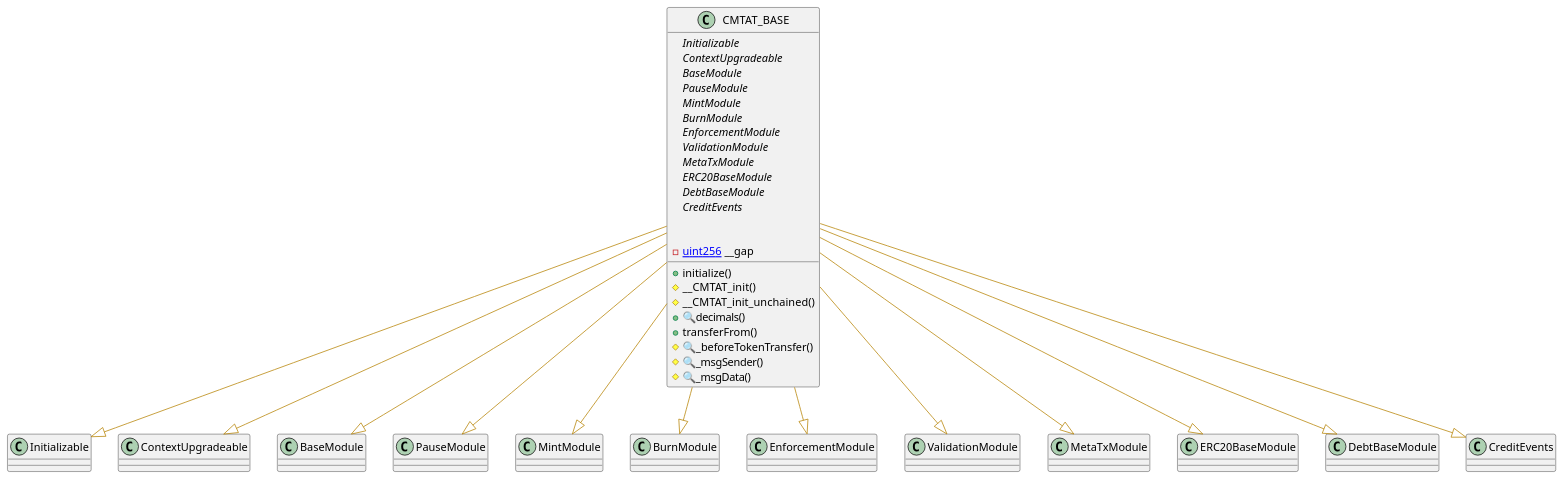
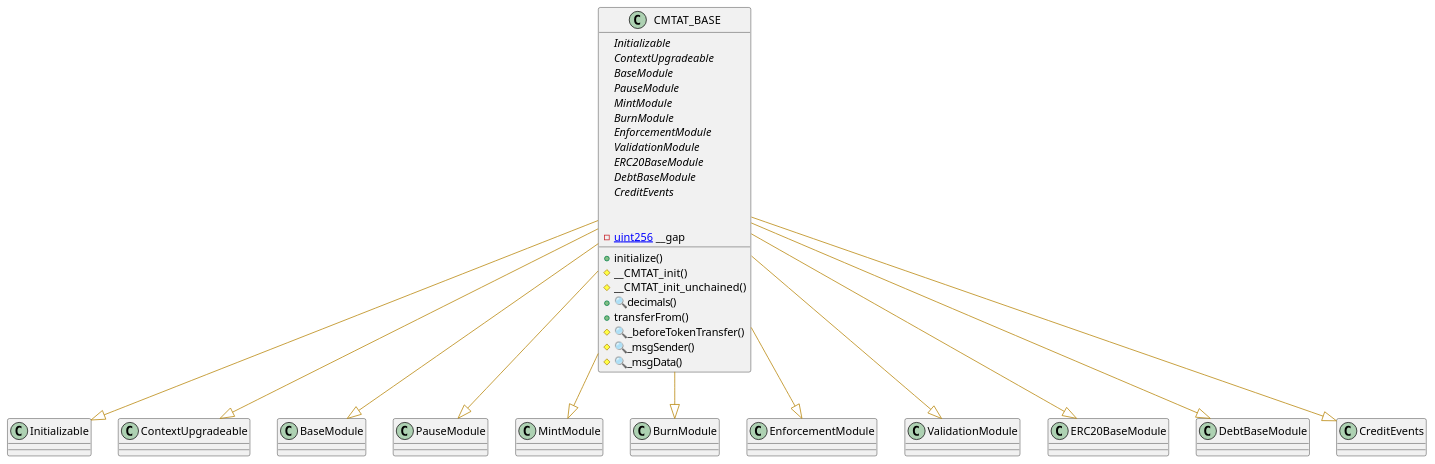
One commit to CMTA/CMTAT changed the diagram in doc/general/schema/PlantUML/CMTAT_BASE_plantUML.wsd. Above: the diagram before and after it, drawn with PlantUML. The commit also changed 25 other files, not shown here.

Commit message:
Remove MetaTx optional module

```diff
--- a/doc/general/schema/PlantUML/CMTAT_BASE_plantUML.wsd
+++ b/doc/general/schema/PlantUML/CMTAT_BASE_plantUML.wsd
@@ -1,57 +1,55 @@
 @startuml
 ' -- generated by: https://marketplace.visualstudio.com/items?itemName=tintinweb.solidity-visual-auditor
 '
 ' -- for auto-render install: https://marketplace.visualstudio.com/items?itemName=jebbs.plantuml
 ' -- options --
 
 
 
 ' -- classes --
 
 
 class CMTAT_BASE {
     ' -- inheritance --
 	{abstract}Initializable
 	{abstract}ContextUpgradeable
 	{abstract}BaseModule
 	{abstract}PauseModule
 	{abstract}MintModule
 	{abstract}BurnModule
 	{abstract}EnforcementModule
 	{abstract}ValidationModule
-	{abstract}MetaTxModule
 	{abstract}ERC20BaseModule
 	{abstract}DebtBaseModule
 	{abstract}CreditEvents
 
     ' -- usingFor --
 
     ' -- vars --
 	-[[uint256]] __gap
 
     ' -- methods --
 	+initialize()
 	#__CMTAT_init()
 	#__CMTAT_init_unchained()
 	+🔍decimals()
 	+transferFrom()
 	#🔍_beforeTokenTransfer()
 	#🔍_msgSender()
 	#🔍_msgData()
 
 }
 ' -- inheritance / usingFor --
 CMTAT_BASE --[#DarkGoldenRod]|> Initializable
 CMTAT_BASE --[#DarkGoldenRod]|> ContextUpgradeable
 CMTAT_BASE --[#DarkGoldenRod]|> BaseModule
 CMTAT_BASE --[#DarkGoldenRod]|> PauseModule
 CMTAT_BASE --[#DarkGoldenRod]|> MintModule
 CMTAT_BASE --[#DarkGoldenRod]|> BurnModule
 CMTAT_BASE --[#DarkGoldenRod]|> EnforcementModule
 CMTAT_BASE --[#DarkGoldenRod]|> ValidationModule
-CMTAT_BASE --[#DarkGoldenRod]|> MetaTxModule
 CMTAT_BASE --[#DarkGoldenRod]|> ERC20BaseModule
 CMTAT_BASE --[#DarkGoldenRod]|> DebtBaseModule
 CMTAT_BASE --[#DarkGoldenRod]|> CreditEvents
 
 @enduml
```
